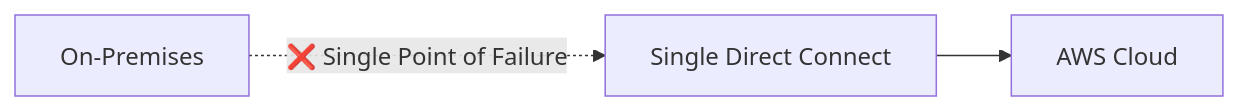
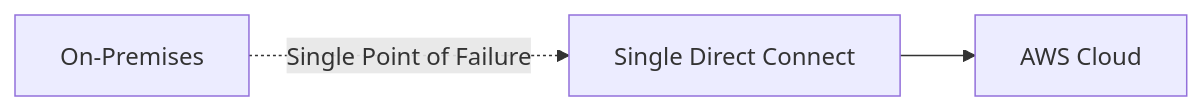
The eighth of 39 diagrams in 1.1 AWS — Evaluating Connectivity Options for On-Premises, Co-Location & Cloud Integration.md (ReginRavi/AIP-C01), drawn with Mermaid before and after one commit. The commit also changed other lines of this file, not shown here.

Commit message:
Fix Mermaid diagram syntax in 1.1 Evaluating Connectivity Options

````diff
--- a/1.1 AWS — Evaluating Connectivity Options for On-Premises, Co-Location & Cloud Integration.md
+++ b/1.1 AWS — Evaluating Connectivity Options for On-Premises, Co-Location & Cloud Integration.md
@@ -269,4 +270,5 @@
 ```mermaid
 flowchart LR
-    OnPrem["On-Premises"] -. "❌ Single Point of Failure" .-> DX["Single Direct Connect"] --> AWS["AWS Cloud"]
+    OnPrem["On-Premises"] -.->|"Single Point of Failure"| DX["Single Direct Connect"]
+    DX --> AWS["AWS Cloud"]
 ```
````
